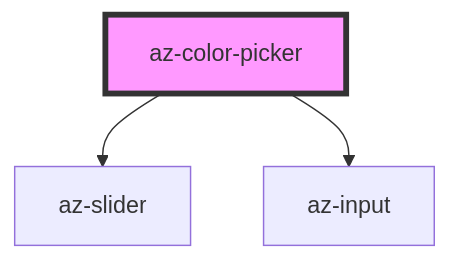
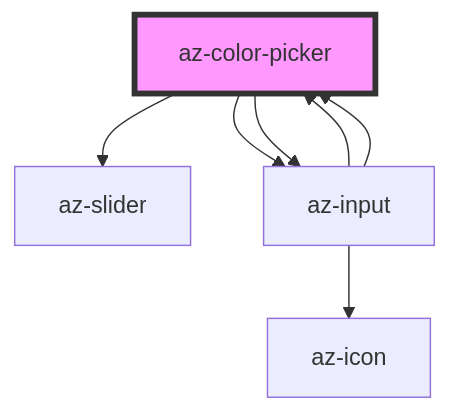
The diagram in src/components/color-picker/readme.md (aztec-ui/aztec-ui), drawn with Mermaid before and after one commit. The commit also changed other lines of this file and 15 other files, not shown here.

````diff
--- a/src/components/color-picker/readme.md
+++ b/src/components/color-picker/readme.md
@@ -31,6 +39,10 @@
 ```mermaid
 graph TD;
   az-color-picker --> az-slider
   az-color-picker --> az-input
+  az-color-picker --> az-input
+  az-input --> az-color-picker
+  az-input --> az-icon
+  az-input --> az-color-picker
   style az-color-picker fill:#f9f,stroke:#333,stroke-width:4px
 ```
````
